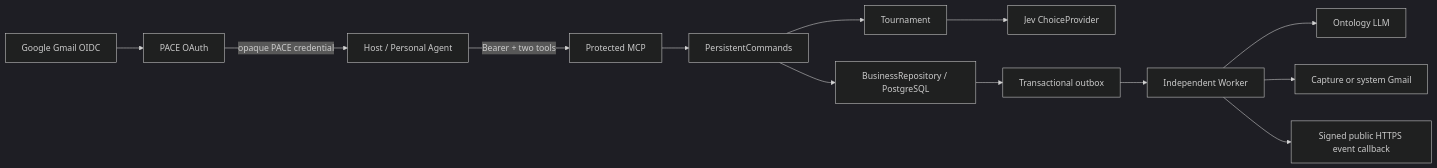
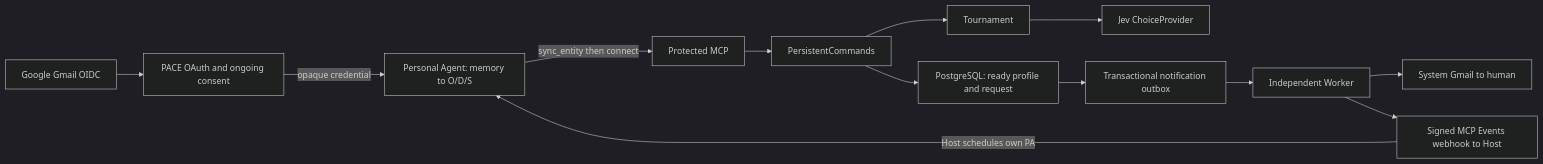
Before and after one commit to gry1024/PACE: the diagram in docs/ARCHITECTURE.md, drawn with Mermaid (dark theme). The commit also changed other lines of this file and 49 other files, not shown here.

Commit message:
Align PA profile MVP and deploy OAuth integration

````diff
--- a/docs/ARCHITECTURE.md
+++ b/docs/ARCHITECTURE.md
@@ -7,15 +7,15 @@
 ```mermaid
 flowchart LR
-  H[Host / Personal Agent] -->|Bearer + two tools| M[Protected MCP]
-  G[Google Gmail OIDC] --> A[PACE OAuth]
-  A -->|opaque PACE credential| H
+  H[Personal Agent: memory to O/D/S] -->|sync_entity then connect| M[Protected MCP]
+  G[Google Gmail OIDC] --> A[PACE OAuth and ongoing consent]
+  A -->|opaque credential| H
   M --> C[PersistentCommands]
-  C --> R[BusinessRepository / PostgreSQL]
+  C --> R[PostgreSQL: ready profile and request]
   C --> T[Tournament]
   T --> J[Jev ChoiceProvider]
-  R --> Q[Transactional outbox]
+  R --> Q[Transactional notification outbox]
   Q --> W[Independent Worker]
-  W --> L[Ontology LLM]
-  W --> E[Capture or system Gmail]
-  W --> V[Signed public HTTPS event callback]
+  W --> E[System Gmail to human]
+  W --> V[Signed MCP Events webhook to Host]
+  V -->|Host schedules own PA| H
 ```
````
